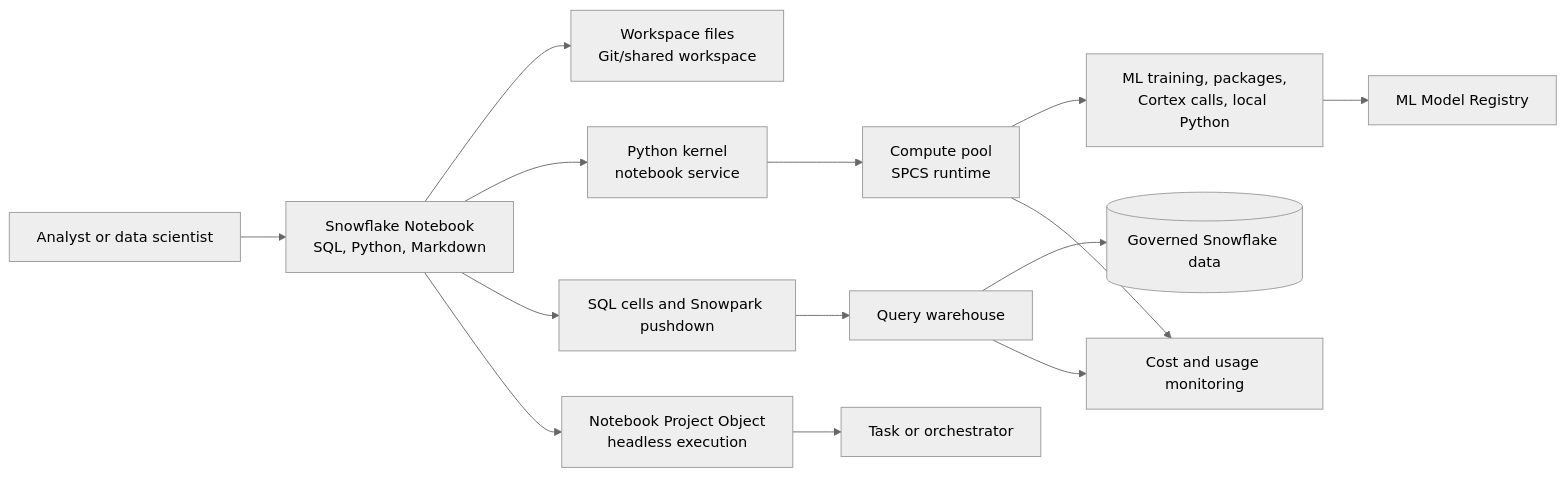
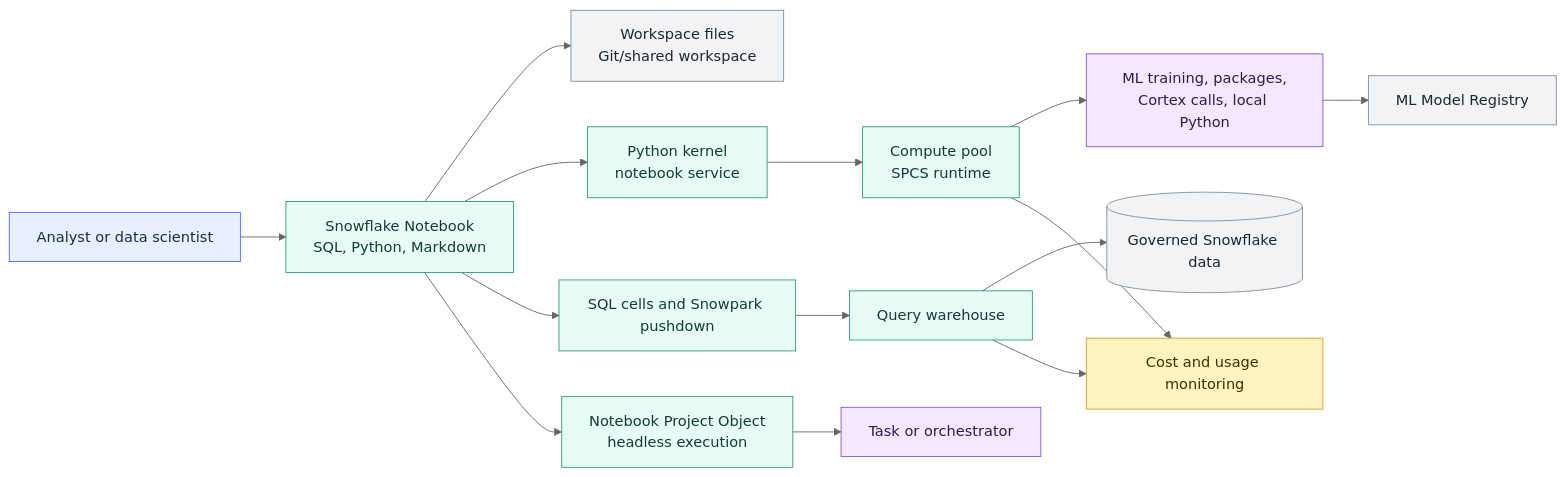
The diagram in 01 Snowflake/05 Advanced Analytics and AI/36 Snowflake Notebooks.md (shonningsoy/Upskill), drawn with Mermaid (neutral theme) before and after one commit. The commit also changed other lines of this file and 12 other files, not shown here.

````diff
--- a/01 Snowflake/05 Advanced Analytics and AI/36 Snowflake Notebooks.md
+++ b/01 Snowflake/05 Advanced Analytics and AI/36 Snowflake Notebooks.md
@@ -85,16 +88,27 @@
 ```mermaid
 flowchart LR
     USER["Analyst or data scientist"] --> NB["Snowflake Notebook<br/>SQL, Python, Markdown"]
     NB --> WS["Workspace files<br/>Git/shared workspace"]
     NB --> PY["Python kernel<br/>notebook service"]
     PY --> CP["Compute pool<br/>SPCS runtime"]
     NB --> SQL["SQL cells and Snowpark pushdown"]
     SQL --> WH["Query warehouse"]
     WH --> DATA[("Governed Snowflake data")]
     CP --> ML["ML training, packages,<br/>Cortex calls, local Python"]
     ML --> REG["ML Model Registry"]
     NB --> NPO["Notebook Project Object<br/>headless execution"]
     NPO --> TASK["Task or orchestrator"]
     CP --> MON["Cost and usage monitoring"]
     WH --> MON
+
+    classDef input fill:#E8F0FE,stroke:#4C6EF5,color:#172B4D
+    classDef control fill:#FFF3BF,stroke:#D69E2E,color:#3D2E00
+    classDef snowflake fill:#E6FCF5,stroke:#2F9E7B,color:#123C34
+    classDef platform fill:#F1F3F5,stroke:#868E96,color:#212529
+    classDef output fill:#F3E8FF,stroke:#805AD5,color:#2D1B4E
+    class USER input
+    class NB,PY,SQL,CP,WH,NPO snowflake
+    class WS,DATA,REG platform
+    class MON control
+    class ML,TASK output
 ```
````
